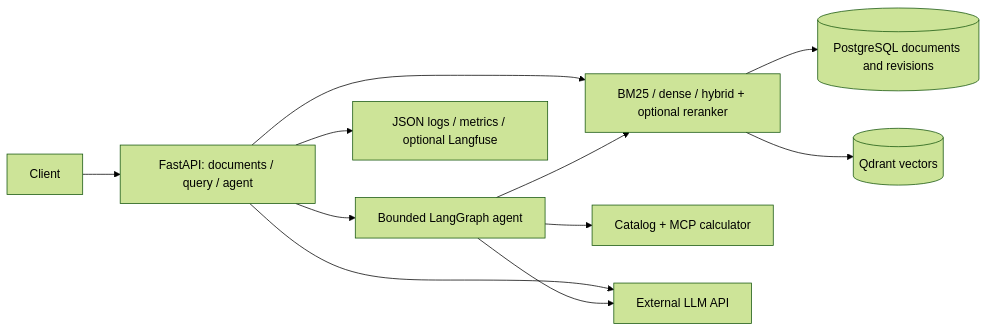
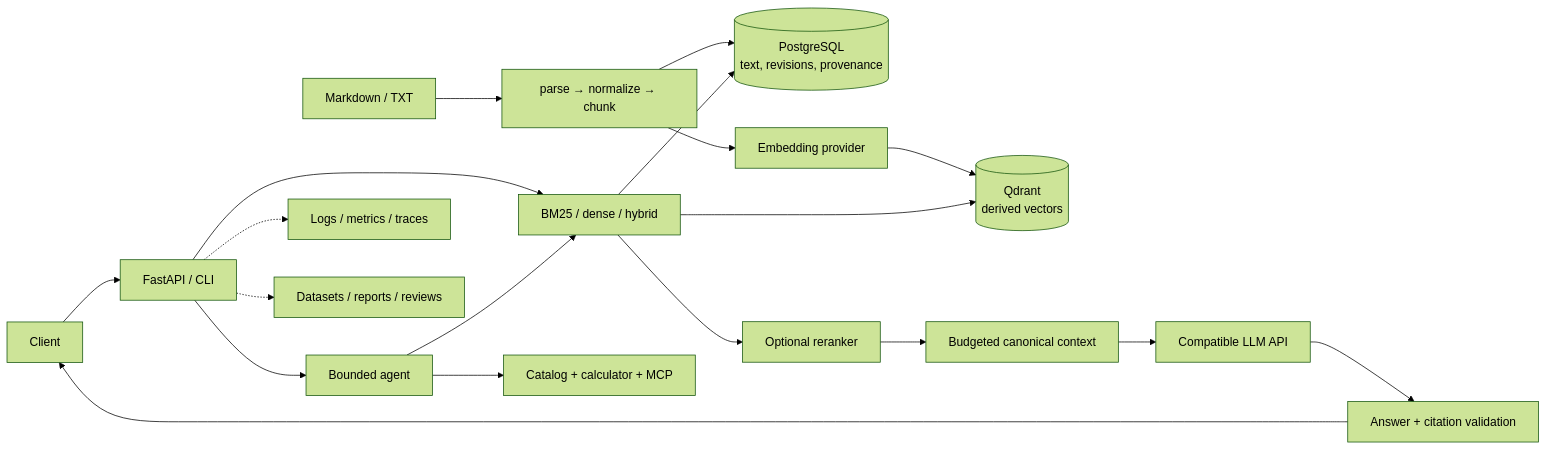
The diagram in README.md (SpaceZeroed/agentic-rag), drawn with Mermaid (forest theme) before and after one commit. The commit also changed other lines of this file and 40 other files, not shown here.

````diff
--- a/README.md
+++ b/README.md
@@ -14,13 +32,23 @@
 ```mermaid
 flowchart LR
-    Client --> API[FastAPI: documents / query / agent]
-    API --> Agent[Bounded LangGraph agent]
-    API --> Retrieval[BM25 / dense / hybrid + optional reranker]
-    Agent --> Retrieval
-    Agent --> Tools[Catalog + MCP calculator]
-    Retrieval --> PG[(PostgreSQL documents and revisions)]
-    Retrieval --> Qdrant[(Qdrant vectors)]
-    API --> LLM[External LLM API]
-    Agent --> LLM
-    API --> Tracing[JSON logs / metrics / optional Langfuse]
+    Files["Markdown / TXT"] --> Ingest["parse → normalize → chunk"]
+    Ingest --> PG[(PostgreSQL<br/>text, revisions, provenance)]
+    Ingest --> Embed[Embedding provider]
+    Embed --> Qdrant[(Qdrant<br/>derived vectors)]
+
+    Client --> API[FastAPI / CLI]
+    API --> Search["BM25 / dense / hybrid"]
+    Search --> PG
+    Search --> Qdrant
+    Search --> Rank[Optional reranker]
+    Rank --> Context[Budgeted canonical context]
+    Context --> LLM[Compatible LLM API]
+    LLM --> Validate[Answer + citation validation]
+    Validate --> Client
+
+    API --> Agent[Bounded agent]
+    Agent --> Search
+    Agent --> Tools[Catalog + calculator + MCP]
+    API -.-> Observe[Logs / metrics / traces]
+    API -.-> Eval[Datasets / reports / reviews]
 ```
````
